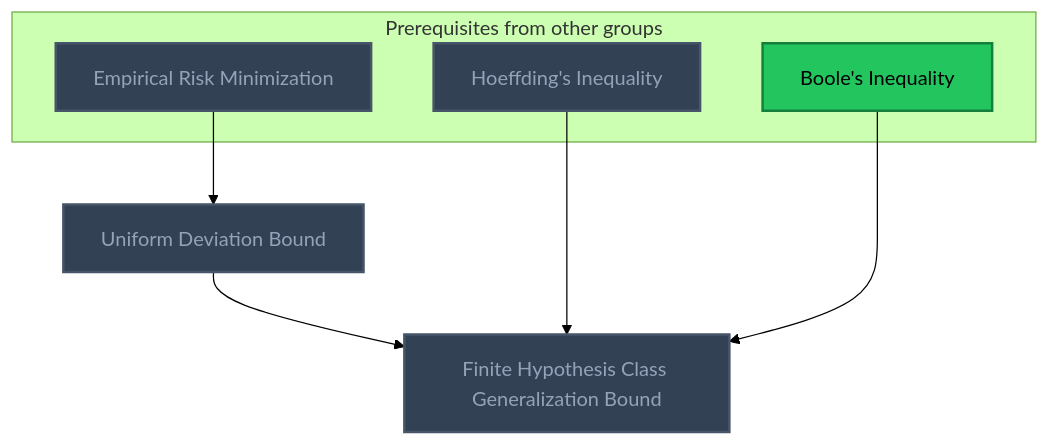
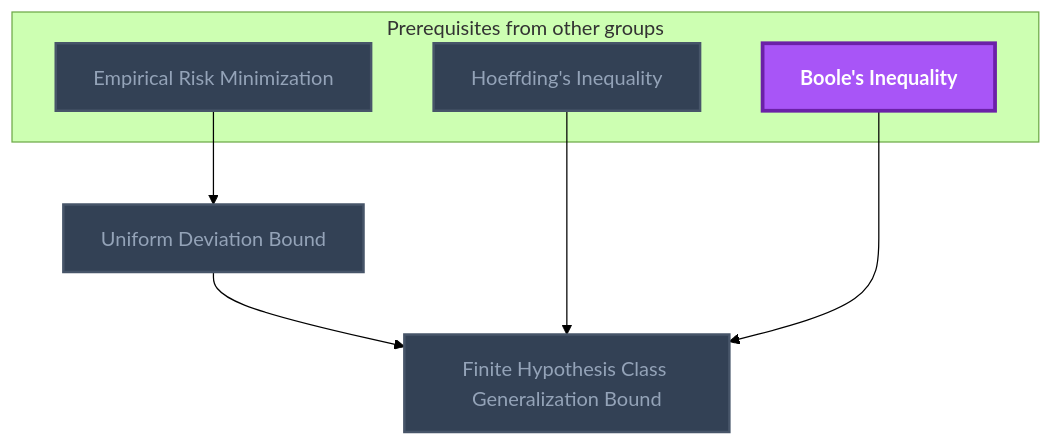
The ninth of 9 diagrams in Gamification/Skill Trees/Machine Learning.md (MRauf1/My-Notes), drawn with Mermaid (forest theme) before and after one commit. The commit also changed other lines of this file and 145 other files, not shown here.

````diff
--- a/Gamification/Skill Trees/Machine Learning.md
+++ b/Gamification/Skill Trees/Machine Learning.md
@@ -412,26 +418,26 @@
 ```mermaid
 flowchart TD
     classDef planned fill:#1E293B,stroke:#64748B,stroke-width:2px,stroke-dasharray:5 5,color:#94A3B8;
     classDef locked fill:#334155,stroke:#475569,stroke-width:2px,color:#94A3B8;
     classDef L0 fill:#F1F5F9,stroke:#94A3B8,stroke-width:2px,color:#000000;
     classDef L1 fill:#22C55E,stroke:#15803D,stroke-width:2px,color:#000000;
     classDef L2 fill:#3B82F6,stroke:#1D4ED8,stroke-width:3px,color:#FFFFFF;
     classDef L3 fill:#A855F7,stroke:#6B21A8,stroke-width:3px,color:#FFFFFF,font-weight:bold;
     classDef L4 fill:#F97316,stroke:#C2410C,stroke-width:4px,color:#000000,font-weight:bold;
     classDef L5 fill:#FFD700,stroke:#FF8C00,stroke-width:5px,color:#000000,font-weight:bold;
     classDef rusty stroke:#8B4513,stroke-width:4px,stroke-dasharray:3 3;
     subgraph sg_prereqs["Prerequisites from other groups"]
         n_empirical_risk_minimization["Empirical Risk Minimization"]
         n_hoeffding_s_inequality["Hoeffding's Inequality"]
         n_boole_s_inequality["Boole's Inequality"]
     end
     n_uniform_deviation_bound["Uniform Deviation Bound"]
     n_finite_hypothesis_class_generalization_bound["Finite Hypothesis Class Generalization Bound"]
     n_empirical_risk_minimization --> n_uniform_deviation_bound
     n_uniform_deviation_bound --> n_finite_hypothesis_class_generalization_bound
     n_hoeffding_s_inequality --> n_finite_hypothesis_class_generalization_bound
     n_boole_s_inequality --> n_finite_hypothesis_class_generalization_bound
     class n_empirical_risk_minimization,n_hoeffding_s_inequality,n_uniform_deviation_bound,n_finite_hypothesis_class_generalization_bound locked;
-    class n_boole_s_inequality L1;
+    class n_boole_s_inequality L3;
     class n_empirical_risk_minimization,n_hoeffding_s_inequality,n_boole_s_inequality,n_uniform_deviation_bound,n_finite_hypothesis_class_generalization_bound internal-link;
 ```
````
